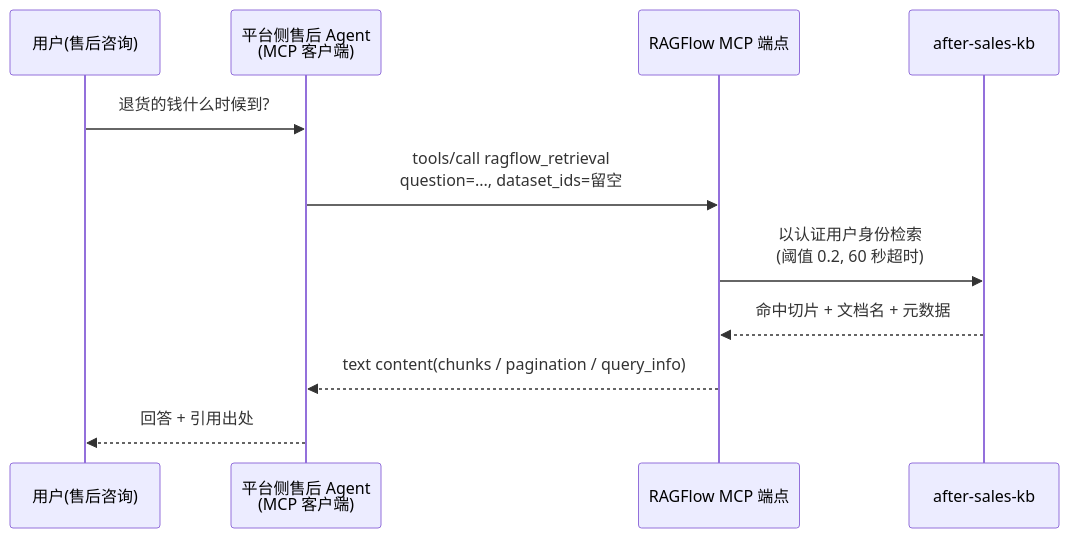
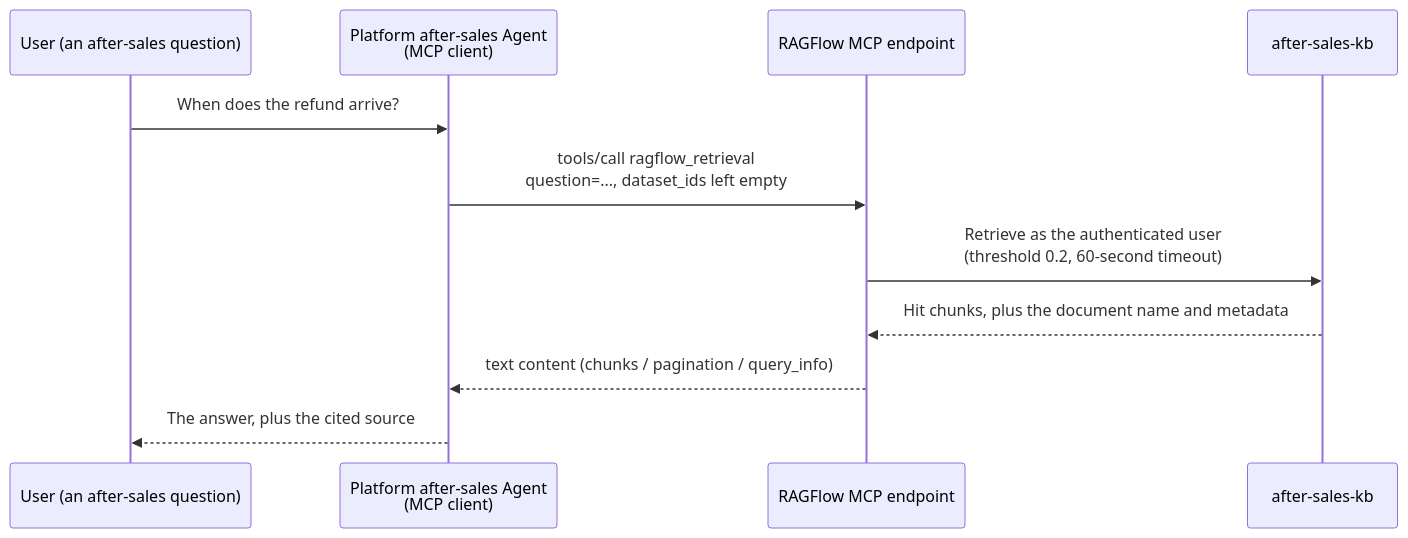
The third of 3 diagrams in books/ragflow/en/chapters/11-api-mcp.md (ybak/ai-tutorial), drawn with Mermaid before and after one commit. The commit also changed other lines of this file and 16 other files, not shown here.

First line of the commit message:
docs(ragflow): 按审阅改英文图、注释和正文

````diff
--- a/books/ragflow/en/chapters/11-api-mcp.md
+++ b/books/ragflow/en/chapters/11-api-mcp.md
@@ -317,13 +319,13 @@
 ```mermaid
 sequenceDiagram
-    participant U as 用户(售后咨询)
-    participant A as 平台侧售后 Agent<br/>(MCP 客户端)
-    participant R as RAGFlow MCP 端点
+    participant U as User (an after-sales question)
+    participant A as Platform after-sales Agent<br/>(MCP client)
+    participant R as RAGFlow MCP endpoint
     participant K as after-sales-kb
-    U->>A: 退货的钱什么时候到?
-    A->>R: tools/call ragflow_retrieval<br/>question=..., dataset_ids=留空
-    R->>K: 以认证用户身份检索<br/>(阈值 0.2, 60 秒超时)
-    K-->>R: 命中切片 + 文档名 + 元数据
-    R-->>A: text content(chunks / pagination / query_info)
-    A-->>U: 回答 + 引用出处
+    U->>A: When does the refund arrive?
+    A->>R: tools/call ragflow_retrieval<br/>question=..., dataset_ids left empty
+    R->>K: Retrieve as the authenticated user<br/>(threshold 0.2, 60-second timeout)
+    K-->>R: Hit chunks, plus the document name and metadata
+    R-->>A: text content (chunks / pagination / query_info)
+    A-->>U: The answer, plus the cited source
 ```
````
